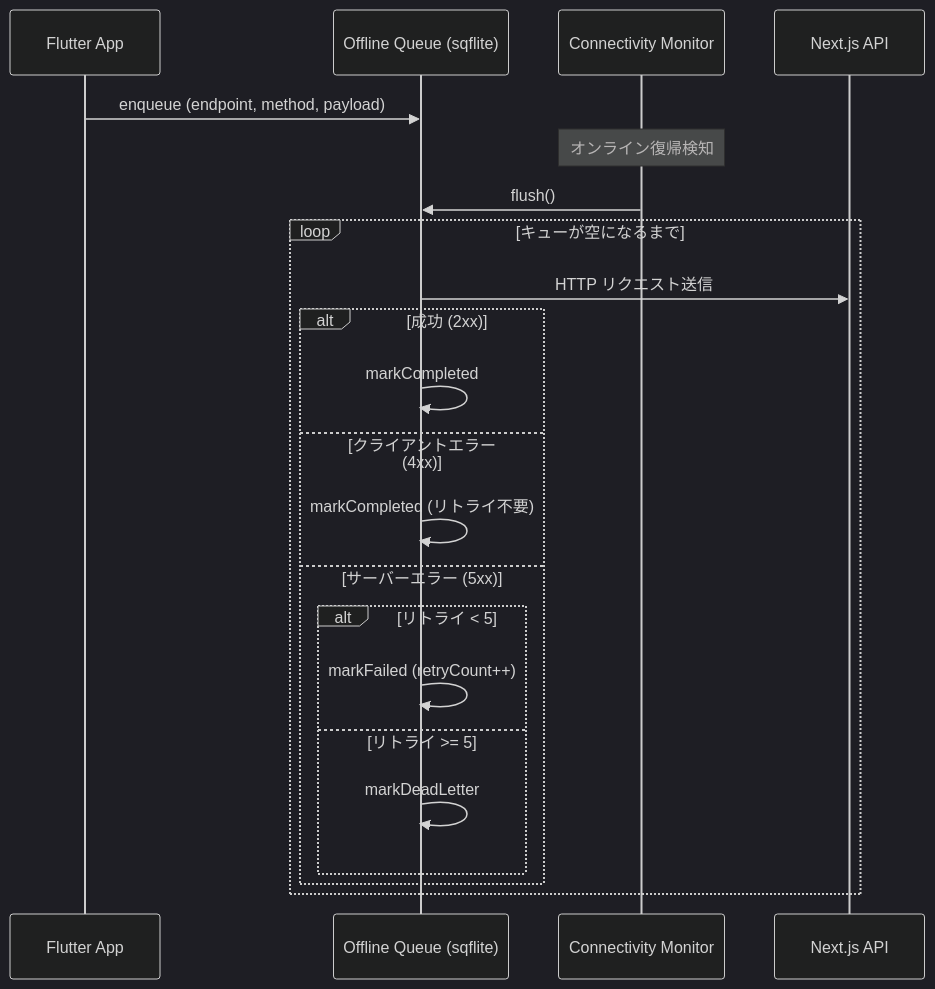
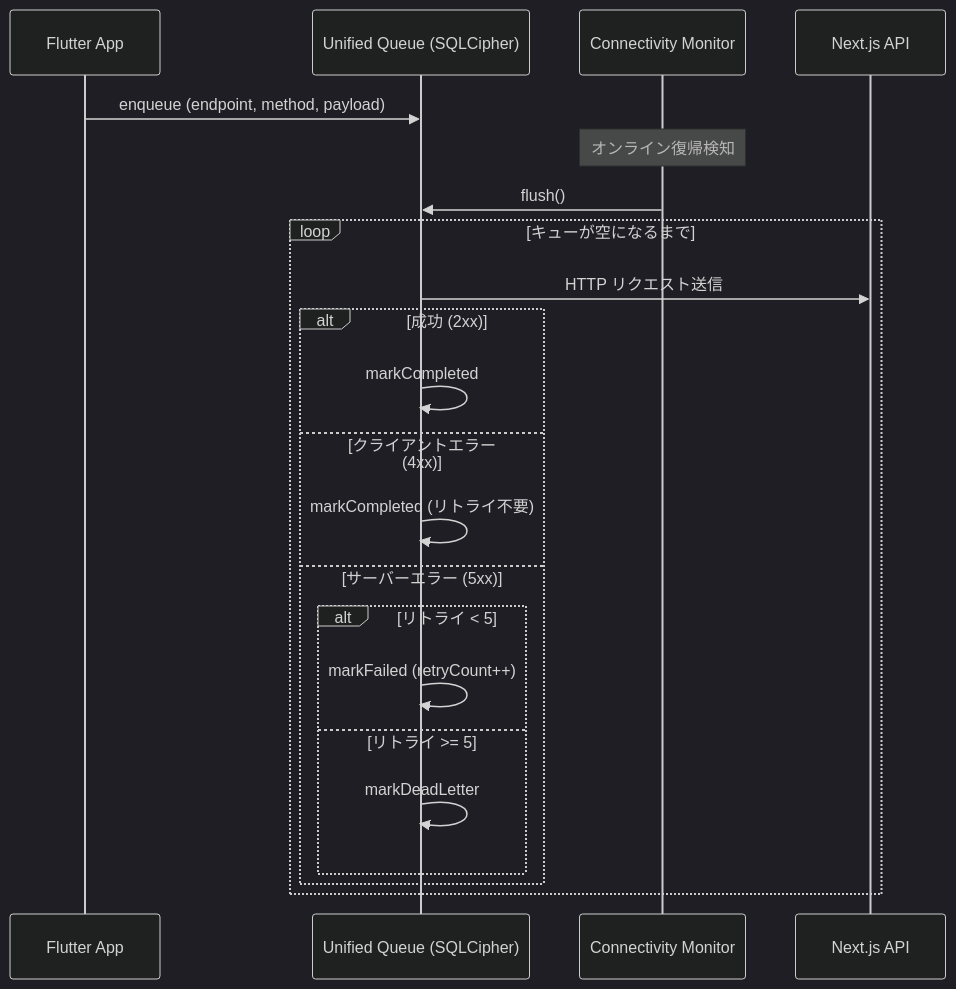
The fifth of 6 diagrams in KNOWLEDGE.md (toshi-yaminabe/record-app), drawn with Mermaid (dark theme) before and after one commit. The commit also changed other lines of this file and 2 other files, not shown here.

````diff
--- a/KNOWLEDGE.md
+++ b/KNOWLEDGE.md
@@ -720,27 +727,27 @@
 ```mermaid
 sequenceDiagram
     participant Flutter as Flutter App
-    participant Queue as Offline Queue (sqflite)
+    participant Queue as Unified Queue (SQLCipher)
     participant Monitor as Connectivity Monitor
     participant API as Next.js API
 
     Flutter->>Queue: enqueue (endpoint, method, payload)
 
     Note over Monitor: オンライン復帰検知
     Monitor->>Queue: flush()
 
     loop キューが空になるまで
         Queue->>API: HTTP リクエスト送信
         alt 成功 (2xx)
             Queue->>Queue: markCompleted
         else クライアントエラー (4xx)
             Queue->>Queue: markCompleted (リトライ不要)
         else サーバーエラー (5xx)
             alt リトライ < 5
                 Queue->>Queue: markFailed (retryCount++)
             else リトライ >= 5
                 Queue->>Queue: markDeadLetter
             end
         end
     end
 ```
````
